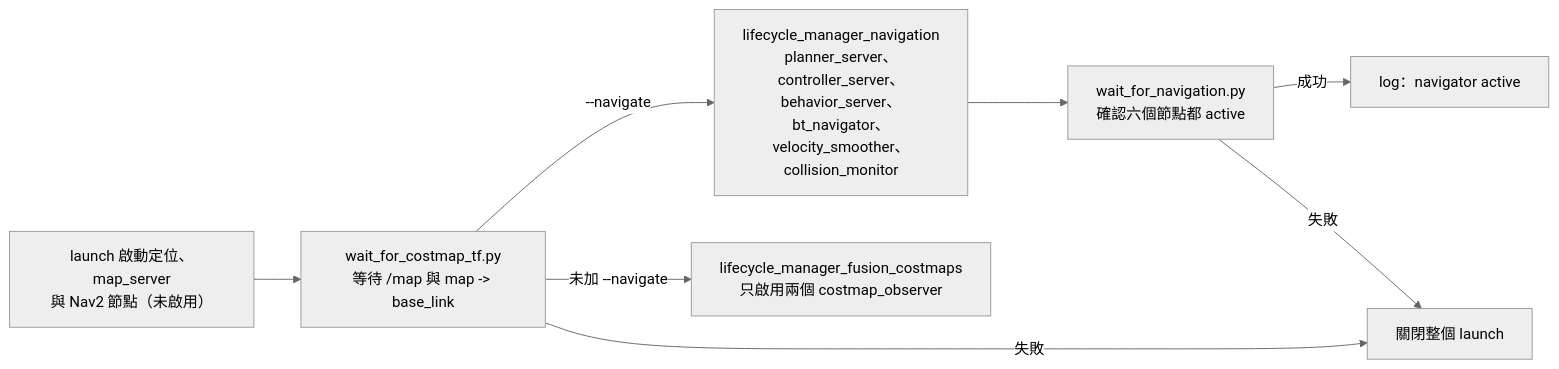
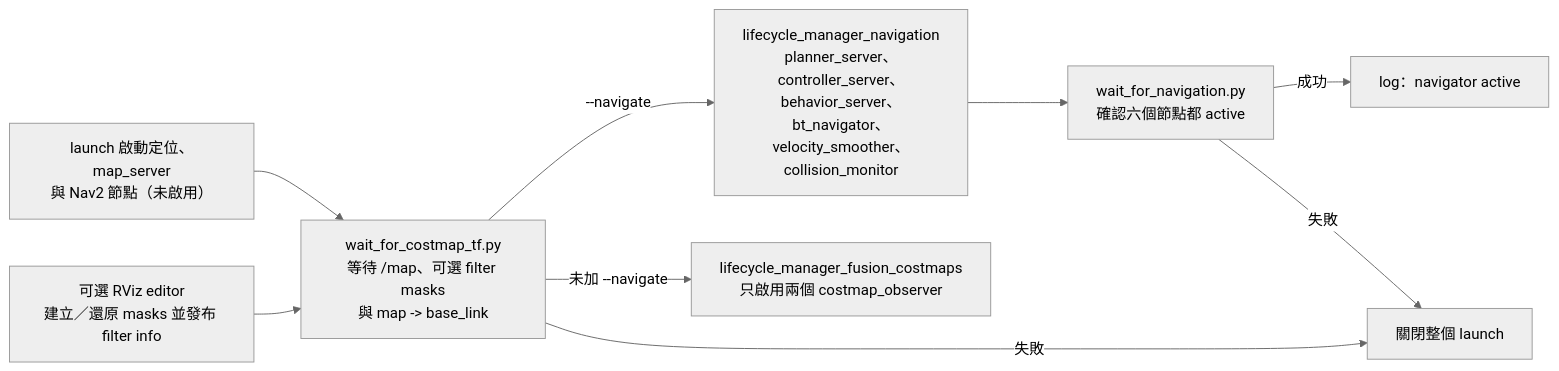
One commit to piggaycheng/isaacsim_fast-lio2-slam changed the sixth of 6 diagrams in docs/nav.md. Above: the diagram before and after it, drawn with Mermaid (neutral theme). The commit also changed other lines of this file and 15 other files, not shown here.

First line of the commit message:
Add persistent RViz editor for navigation costmap zones

````diff
--- a/docs/nav.md
+++ b/docs/nav.md
@@ -327,10 +377,11 @@
 ```mermaid
 flowchart LR
-    Start["launch 啟動定位、map_server<br/>與 Nav2 節點（未啟用）"] --> Ready["wait_for_costmap_tf.py<br/>等待 /map 與 map -> base_link"]
+    Start["launch 啟動定位、map_server<br/>與 Nav2 節點（未啟用）"] --> Ready["wait_for_costmap_tf.py<br/>等待 /map、可選 filter masks<br/>與 map -> base_link"]
+    Filters["可選 RViz editor<br/>建立／還原 masks 並發布 filter info"] --> Ready
     Ready -->|"--navigate"| NavMgr["lifecycle_manager_navigation<br/>planner_server、controller_server、<br/>behavior_server、bt_navigator、<br/>velocity_smoother、collision_monitor"]
     Ready -->|"未加 --navigate"| CostMgr["lifecycle_manager_fusion_costmaps<br/>只啟用兩個 costmap_observer"]
     NavMgr --> NavReady["wait_for_navigation.py<br/>確認六個節點都 active"]
     NavReady -->|"成功"| Log["log：navigator active"]
     Ready -->|"失敗"| Stop["關閉整個 launch"]
     NavReady -->|"失敗"| Stop
 ```
````
